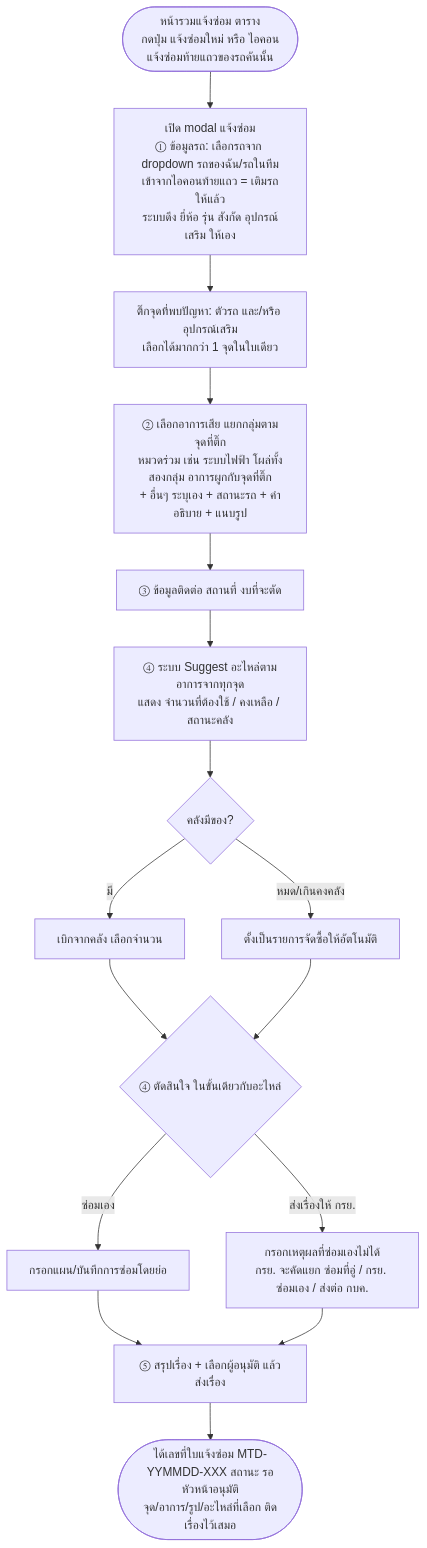
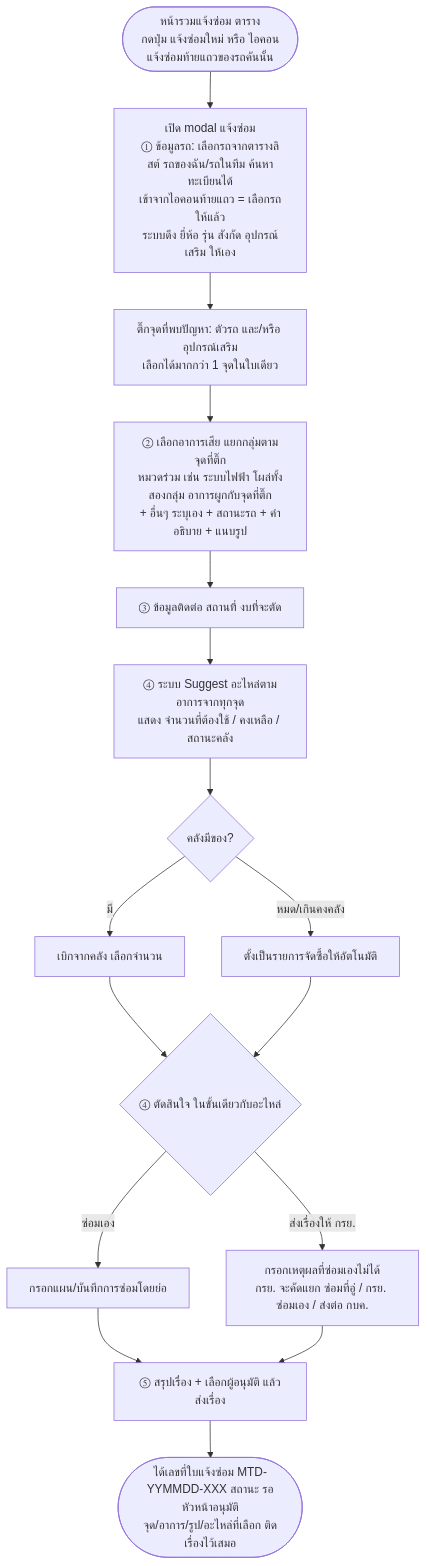
The diagram in Diagram/02-แจ้งซ่อม-กบค/02-ฟอร์มแจ้งซ่อม.md (anugmail/Maintenance-Request-Form), drawn with Mermaid before and after one commit. The commit also changed other lines of this file and 38 other files, not shown here.

````diff
--- a/Diagram/02-แจ้งซ่อม-กบค/02-ฟอร์มแจ้งซ่อม.md
+++ b/Diagram/02-แจ้งซ่อม-กบค/02-ฟอร์มแจ้งซ่อม.md
@@ -9,18 +9,18 @@
 ```mermaid
 flowchart TD
-    A([หน้ารวมแจ้งซ่อม ตาราง<br/>กดปุ่ม แจ้งซ่อมใหม่ หรือ ไอคอนแจ้งซ่อมท้ายแถวของรถคันนั้น]) --> B[เปิด modal แจ้งซ่อม<br/>① ข้อมูลรถ: เลือกรถจาก dropdown รถของฉัน/รถในทีม<br/>เข้าจากไอคอนท้ายแถว = เติมรถให้แล้ว<br/>ระบบดึง ยี่ห้อ รุ่น สังกัด อุปกรณ์เสริม ให้เอง]
+    A([หน้ารวมแจ้งซ่อม ตาราง<br/>กดปุ่ม แจ้งซ่อมใหม่ หรือ ไอคอนแจ้งซ่อมท้ายแถวของรถคันนั้น]) --> B[เปิด modal แจ้งซ่อม<br/>① ข้อมูลรถ: เลือกรถจากตารางลิสต์ รถของฉัน/รถในทีม ค้นหาทะเบียนได้<br/>เข้าจากไอคอนท้ายแถว = เลือกรถให้แล้ว<br/>ระบบดึง ยี่ห้อ รุ่น สังกัด อุปกรณ์เสริม ให้เอง]
     B --> B2[ติ๊กจุดที่พบปัญหา: ตัวรถ และ/หรือ อุปกรณ์เสริม<br/>เลือกได้มากกว่า 1 จุดในใบเดียว]
     B2 --> C[② เลือกอาการเสีย แยกกลุ่มตามจุดที่ติ๊ก<br/>หมวดร่วม เช่น ระบบไฟฟ้า โผล่ทั้งสองกลุ่ม อาการผูกกับจุดที่ติ๊ก<br/>+ อื่นๆ ระบุเอง + สถานะรถ + คำอธิบาย + แนบรูป]
     C --> I[③ ข้อมูลติดต่อ สถานที่ งบที่จะตัด]
     I --> D[④ ระบบ Suggest อะไหล่ตามอาการจากทุกจุด<br/>แสดง จำนวนที่ต้องใช้ / คงเหลือ / สถานะคลัง]
     D --> D2{คลังมีของ?}
     D2 -- มี --> D3[เบิกจากคลัง เลือกจำนวน]
     D2 -- หมด/เกินคงคลัง --> D4[ตั้งเป็นรายการจัดซื้อให้อัตโนมัติ]
     D3 --> E
     D4 --> E{④ ตัดสินใจ ในขั้นเดียวกับอะไหล่}
     E -- ซ่อมเอง --> F[กรอกแผน/บันทึกการซ่อมโดยย่อ]
     E -- ส่งเรื่องให้ กรย. --> G[กรอกเหตุผลที่ซ่อมเองไม่ได้<br/>กรย. จะคัดแยก ซ่อมที่อู่ / กรย. ซ่อมเอง / ส่งต่อ กบค.]
     F --> S[⑤ สรุปเรื่อง + เลือกผู้อนุมัติ แล้วส่งเรื่อง]
     G --> S
     S --> H([ได้เลขที่ใบแจ้งซ่อม MTD-YYMMDD-XXX สถานะ รอหัวหน้าอนุมัติ<br/>จุด/อาการ/รูป/อะไหล่ที่เลือก ติดเรื่องไว้เสมอ])
 ```
````
